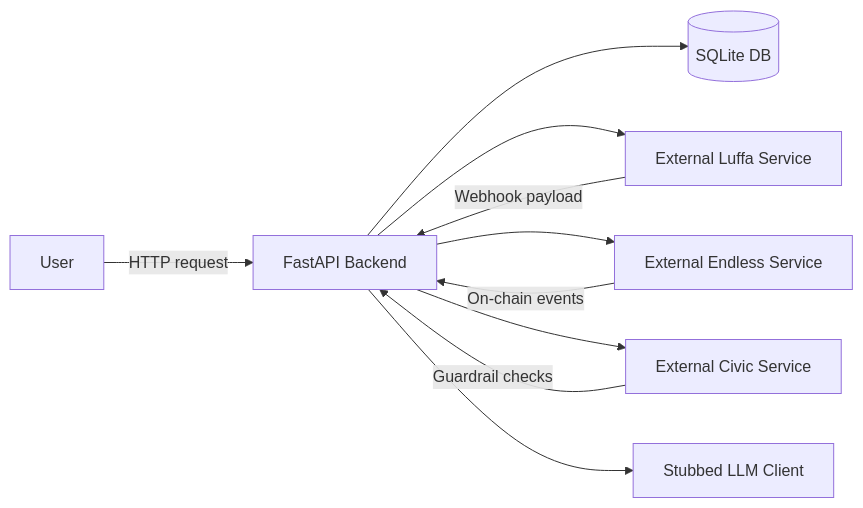
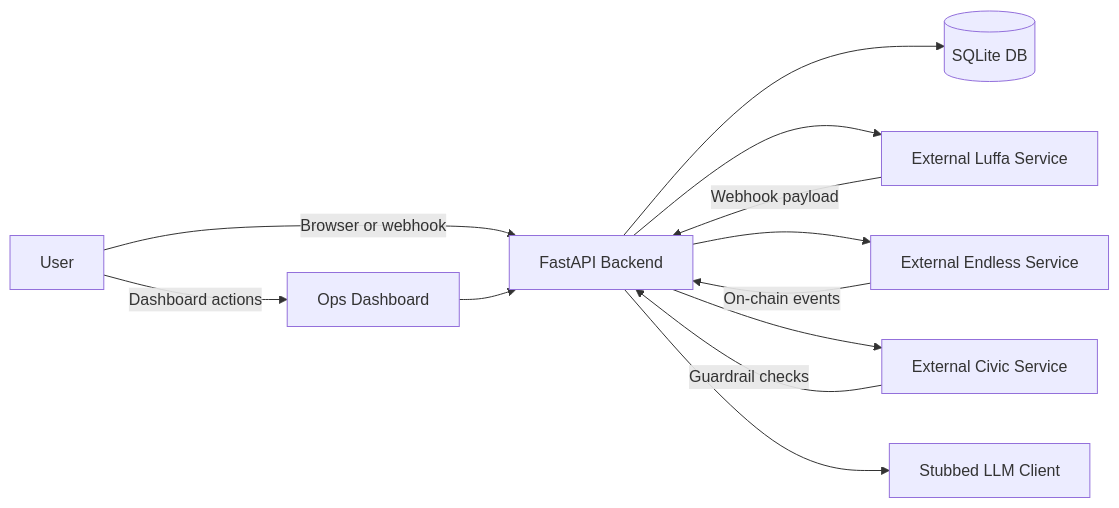
Before and after one commit to MasteraSnackin/ShowRunner: the diagram in README.md, drawn with Mermaid. The commit also changed other lines of this file and 1 other file, not shown here.

````diff
--- a/README.md
+++ b/README.md
@@ -59,12 +60,14 @@
 ```mermaid
 flowchart LR
-    User[User] -->|HTTP request| API[FastAPI Backend]
+    User[User] -->|Browser or webhook| API[FastAPI Backend]
+    User -->|Dashboard actions| UI[Ops Dashboard]
+    UI --> API
     API --> DB[(SQLite DB)]
     API --> Luffa[External Luffa Service]
     API --> Endless[External Endless Service]
     API --> Civic[External Civic Service]
     API --> LLM[Stubbed LLM Client]
     Luffa -->|Webhook payload| API
     Endless -->|On‑chain events| API
     Civic -->|Guardrail checks| API
 ```
````
